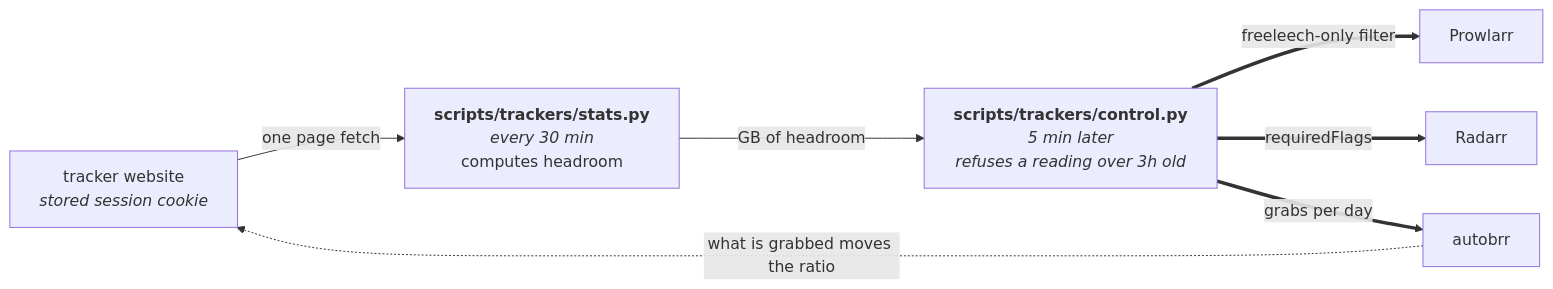
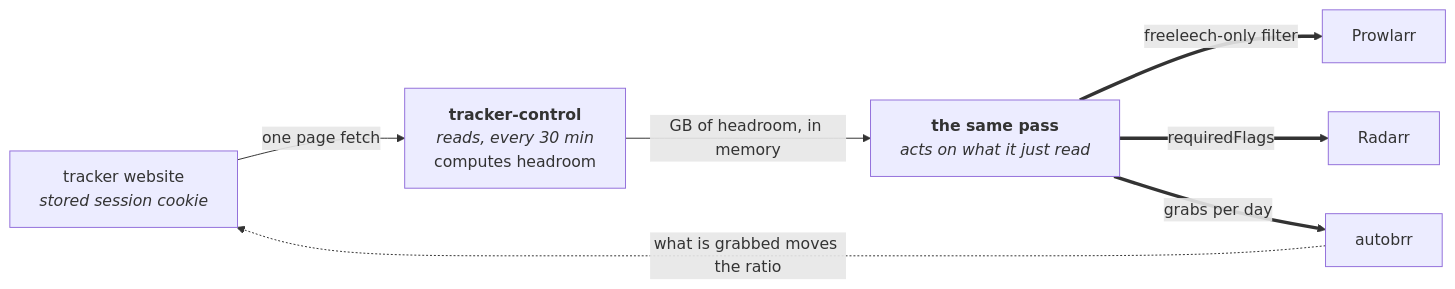
One commit to PlatanosVerdes/rpi-homeserver changed the fourth of 8 diagrams in docs/architecture.md. Above: the diagram before and after it, drawn with Mermaid. The commit also changed other lines of this file and 21 other files, not shown here.

First line of the commit message:
read the account and act on it in the same pass (#9)

````diff
--- a/docs/architecture.md
+++ b/docs/architecture.md
@@ -217,9 +217,9 @@
 ```mermaid
 flowchart LR
-  SITE["tracker website<br/><i>stored session cookie</i>"] -->|one page fetch| TS["<b>scripts/trackers/stats.py</b><br/><i>every 30 min</i><br/>computes headroom"]
-  TS -->|GB of headroom| TC["<b>scripts/trackers/control.py</b><br/><i>5 min later</i><br/><i>refuses a reading over 3h old</i>"]
+  SITE["tracker website<br/><i>stored session cookie</i>"] -->|one page fetch| TS["<b>tracker-control</b><br/><i>reads, every 30 min</i><br/>computes headroom"]
+  TS -->|"GB of headroom, in memory"| TC["<b>the same pass</b><br/><i>acts on what it just read</i>"]
   TC ==>|freeleech-only filter| PR["Prowlarr"]
   TC ==>|requiredFlags| RA["Radarr"]
   TC ==>|grabs per day| BR["autobrr"]
   BR -.->|what is grabbed moves the ratio| SITE
 ```
````
